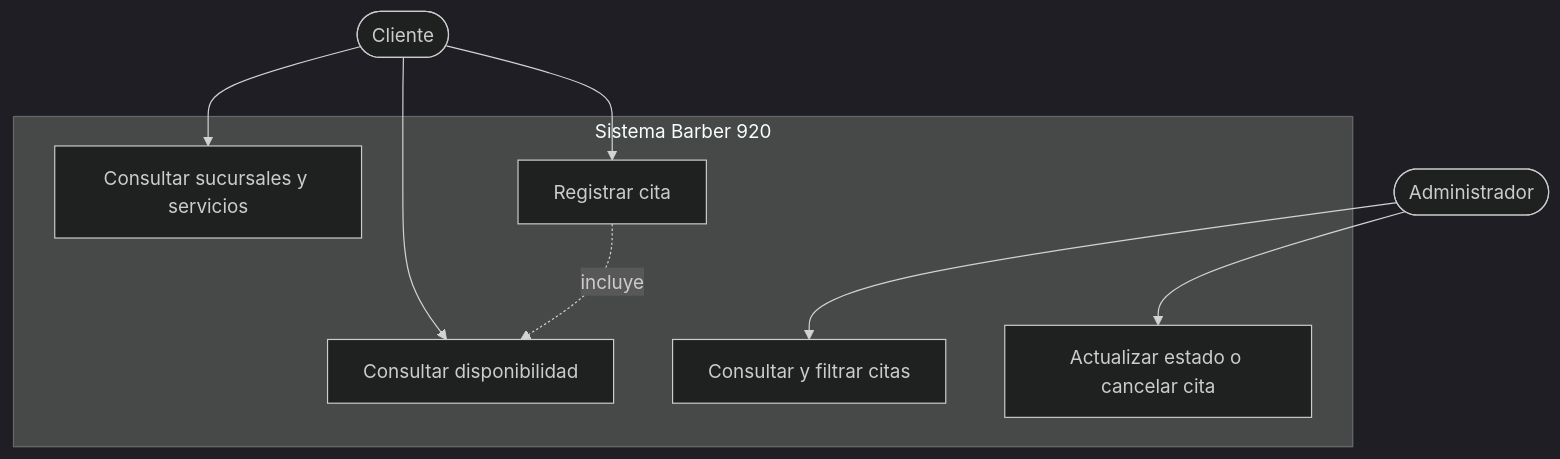
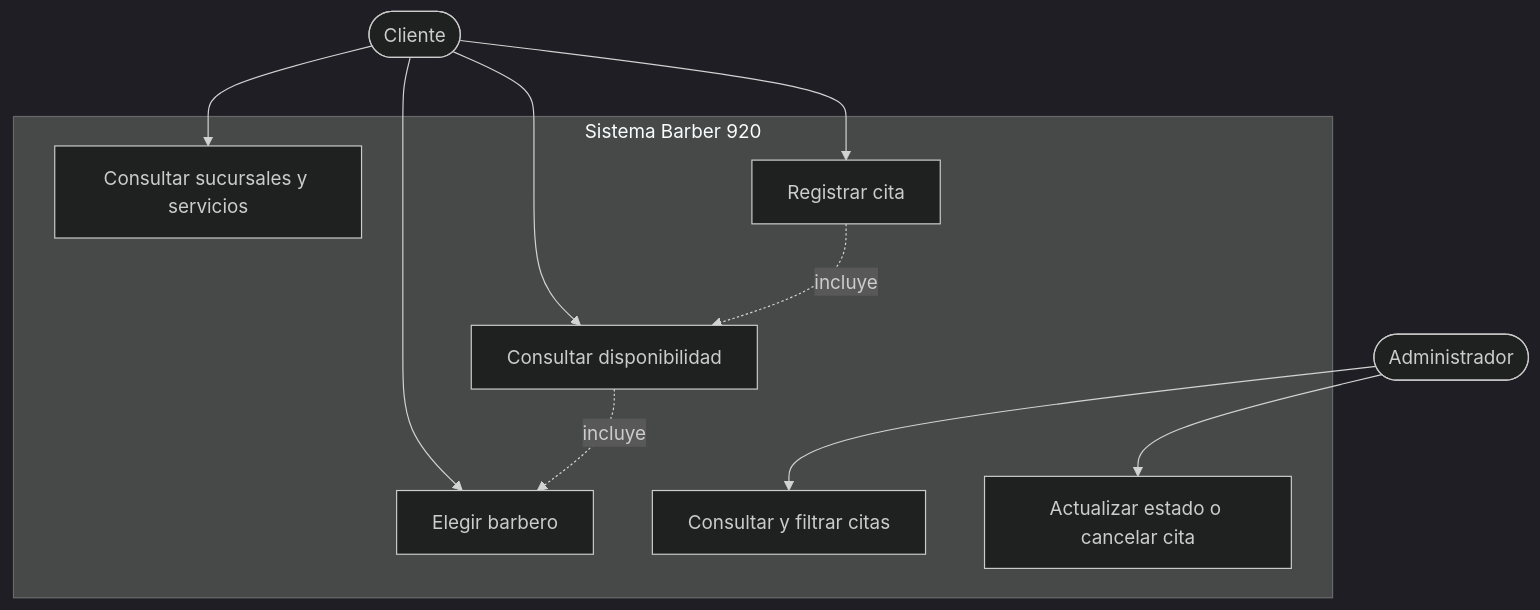
One commit to carlosguerrerom0/Barber_920 changed the diagram in docs/diagramas/casos-de-uso.md. Above: the diagram before and after it, drawn with Mermaid (dark theme). The commit also changed other lines of this file and 17 other files, not shown here.

````diff
--- a/docs/diagramas/casos-de-uso.md
+++ b/docs/diagramas/casos-de-uso.md
@@ -5,20 +5,23 @@
 ```mermaid
 flowchart TD
     Cliente([Cliente])
     Admin([Administrador])
 
     subgraph Sistema["Sistema Barber 920"]
         UC1["Consultar sucursales y servicios"]
+        UC6["Elegir barbero"]
         UC2["Consultar disponibilidad"]
         UC3["Registrar cita"]
         UC4["Consultar y filtrar citas"]
         UC5["Actualizar estado o cancelar cita"]
     end
 
     Cliente --> UC1
+    Cliente --> UC6
     Cliente --> UC2
     Cliente --> UC3
     Admin --> UC4
     Admin --> UC5
     UC3 -. incluye .-> UC2
+    UC2 -. incluye .-> UC6
 ```
````
